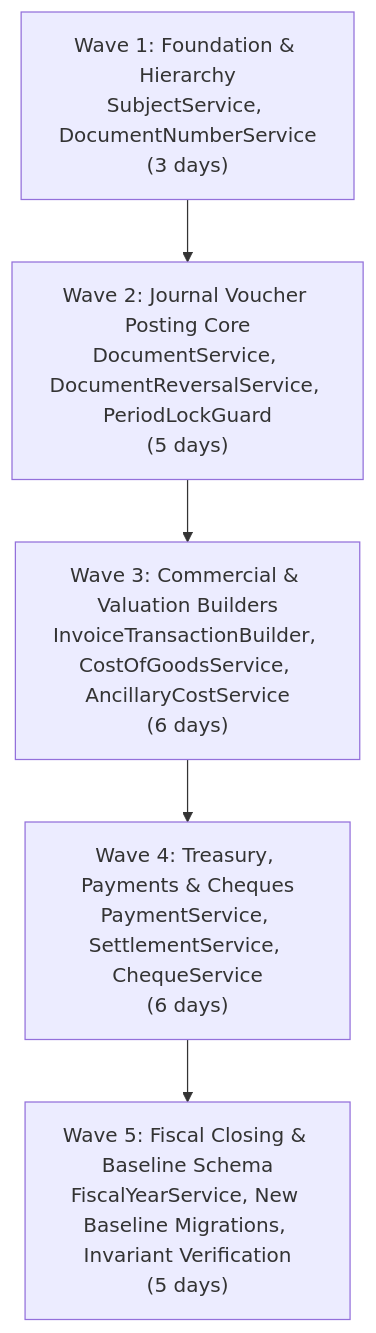
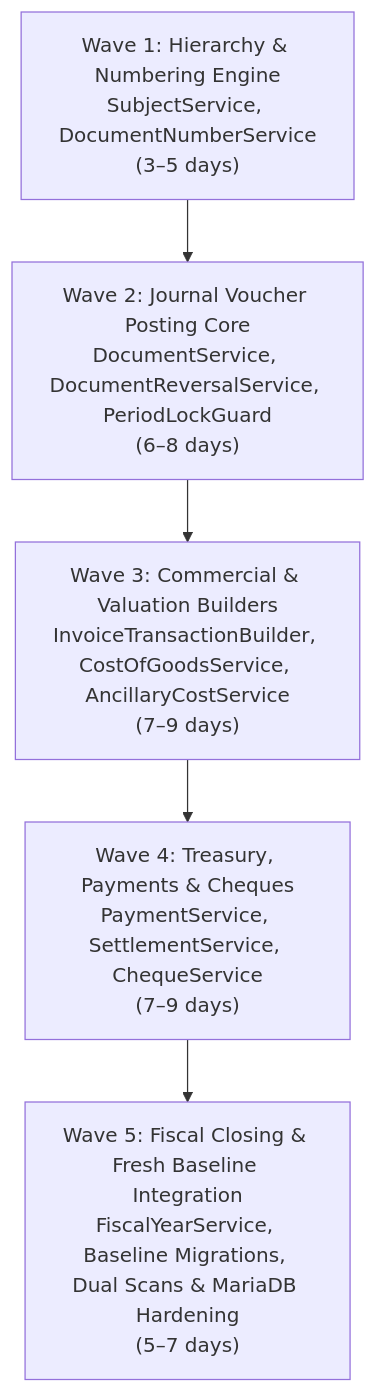
The second of 2 diagrams in docs/cleanroom/CORE_REWRITE_PLAN.md (hadibehnampour0-sketch/HesaBora), drawn with Mermaid before and after one commit. The commit also changed other lines of this file and 2 other files, not shown here.

Commit message:
docs(cleanroom): isolate upstream schema mapping, require behavioral specs, formulate schema ADR proposals, and record pre-rewrite remediation

````diff
--- a/docs/cleanroom/CORE_REWRITE_PLAN.md
+++ b/docs/cleanroom/CORE_REWRITE_PLAN.md
@@ -288,8 +321,8 @@
 ```mermaid
 flowchart TD
-    W1["Wave 1: Foundation & Hierarchy<br/>SubjectService, DocumentNumberService<br/>(3 days)"] --> W2
-    W2["Wave 2: Journal Voucher Posting Core<br/>DocumentService, DocumentReversalService, PeriodLockGuard<br/>(5 days)"] --> W3
-    W3["Wave 3: Commercial & Valuation Builders<br/>InvoiceTransactionBuilder, CostOfGoodsService, AncillaryCostService<br/>(6 days)"] --> W4
-    W4["Wave 4: Treasury, Payments & Cheques<br/>PaymentService, SettlementService, ChequeService<br/>(6 days)"] --> W5
-    W5["Wave 5: Fiscal Closing & Baseline Schema<br/>FiscalYearService, New Baseline Migrations, Invariant Verification<br/>(5 days)"]
+    W1["Wave 1: Hierarchy & Numbering Engine<br/>SubjectService, DocumentNumberService<br/>(3–5 days)"] --> W2
+    W2["Wave 2: Journal Voucher Posting Core<br/>DocumentService, DocumentReversalService, PeriodLockGuard<br/>(6–8 days)"] --> W3
+    W3["Wave 3: Commercial & Valuation Builders<br/>InvoiceTransactionBuilder, CostOfGoodsService, AncillaryCostService<br/>(7–9 days)"] --> W4
+    W4["Wave 4: Treasury, Payments & Cheques<br/>PaymentService, SettlementService, ChequeService<br/>(7–9 days)"] --> W5
+    W5["Wave 5: Fiscal Closing & Fresh Baseline Integration<br/>FiscalYearService, Baseline Migrations, Dual Scans & MariaDB Hardening<br/>(5–7 days)"]
 ```
````
